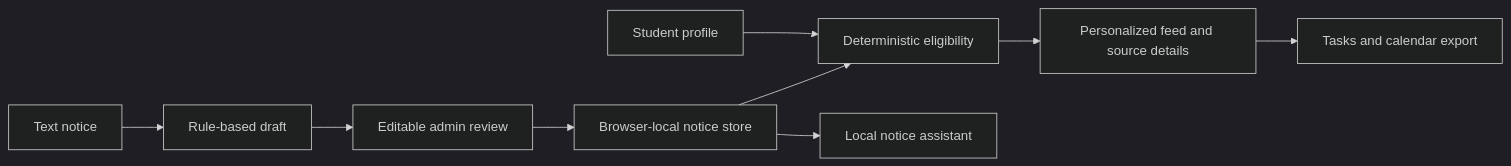
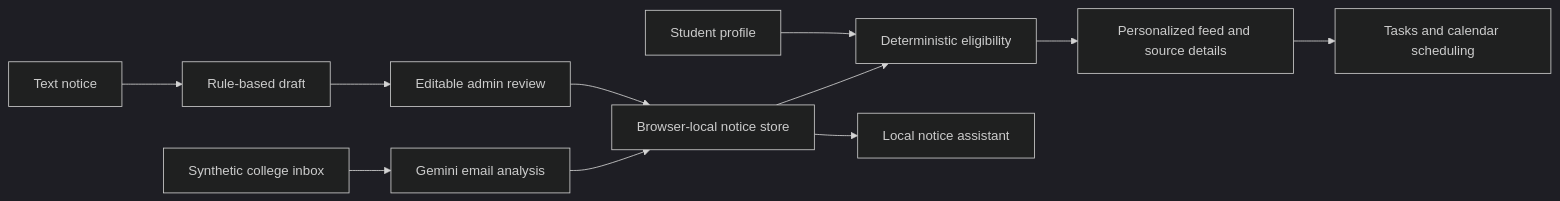
Before and after one commit to Ayas-Kumar-Das/campuspulse-ai: the diagram in README.md, drawn with Mermaid (dark theme). The commit also changed other lines of this file and 9 other files, not shown here.

Commit message:
Add college mail and Google Calendar scheduling

````diff
--- a/README.md
+++ b/README.md
@@ -61,11 +64,13 @@
 ```mermaid
 flowchart LR
   N[Text notice] --> R[Rule-based draft]
   R --> V[Editable admin review]
   V --> L[Browser-local notice store]
   P[Student profile] --> E[Deterministic eligibility]
   L --> E
   E --> D[Personalized feed and source details]
-  D --> T[Tasks and calendar export]
+  D --> T[Tasks and calendar scheduling]
+  M[Synthetic college inbox] --> AI[Gemini email analysis]
+  AI --> L
   L --> A[Local notice assistant]
 ```
````
